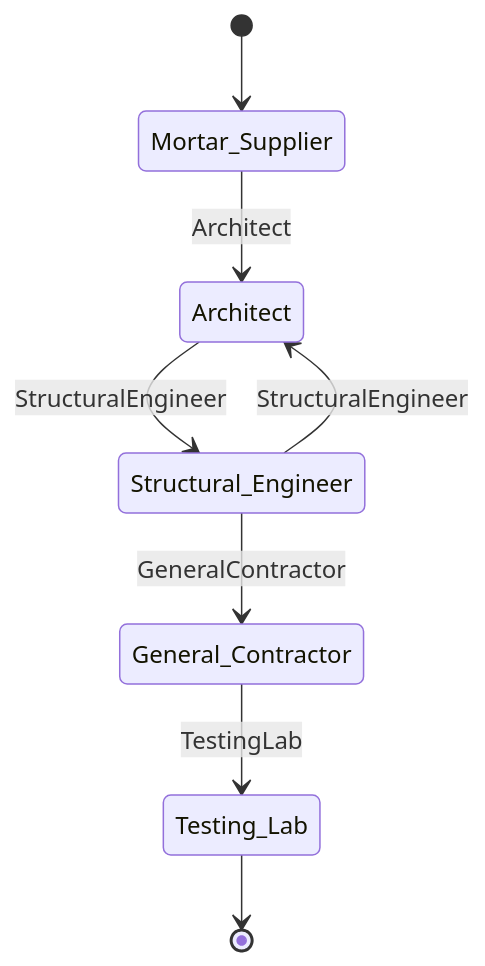
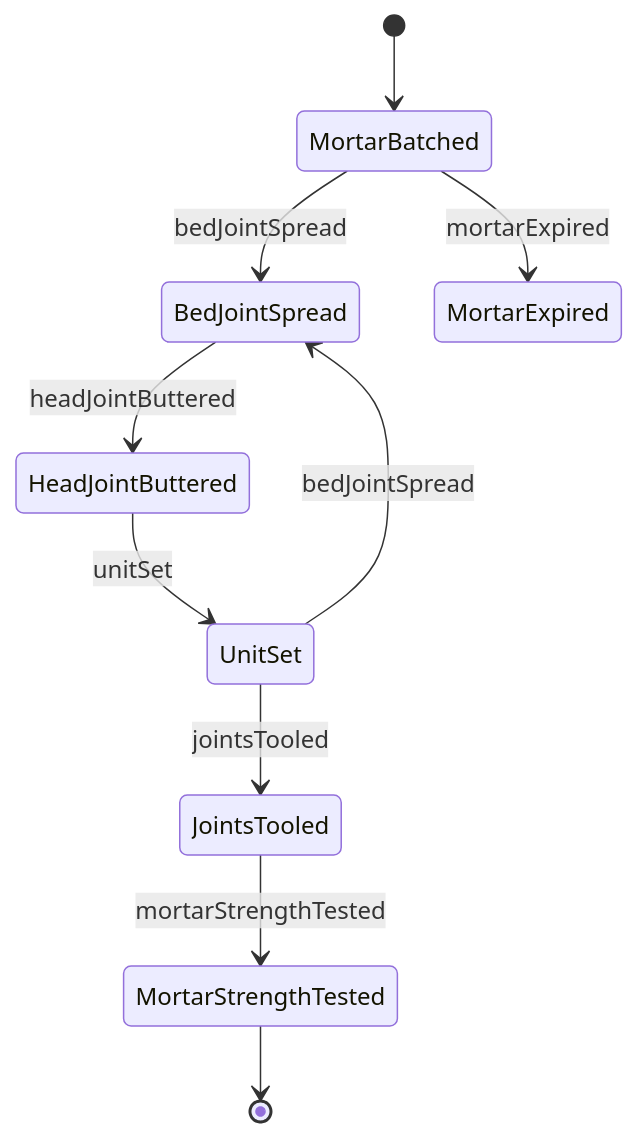
One commit to dot-org-ai/tasks.org.ai changed the second of 4 diagrams in HandlingAndMovingObjects/ApplyMaterialsToFillGapsOrImperfections/ApplyMortar.mdx. Above: the diagram before and after it, drawn with Mermaid. The commit also changed other lines of this file and 40 other files, not shown here.

First line of the commit message:
fix: Replace Actor-based ER and State diagrams with Entity/Event-based diagrams in 41 HandlingAndMovingObjects DWA files

````diff
--- a/HandlingAndMovingObjects/ApplyMaterialsToFillGapsOrImperfections/ApplyMortar.mdx
+++ b/HandlingAndMovingObjects/ApplyMaterialsToFillGapsOrImperfections/ApplyMortar.mdx
@@ -98,10 +97,12 @@
 ```mermaid
 stateDiagram-v2
-    [*] --> Mortar_Supplier
-    Mortar_Supplier --> Architect: Architect
-    Architect --> Structural_Engineer: StructuralEngineer
-    Structural_Engineer --> General_Contractor: GeneralContractor
-    General_Contractor --> Testing_Lab: TestingLab
-    Structural_Engineer --> Architect: StructuralEngineer
-    Testing_Lab --> [*]
+    [*] --> MortarBatched
+    MortarBatched --> BedJointSpread : bedJointSpread
+    BedJointSpread --> HeadJointButtered : headJointButtered
+    HeadJointButtered --> UnitSet : unitSet
+    UnitSet --> BedJointSpread : bedJointSpread
+    UnitSet --> JointsTooled : jointsTooled
+    JointsTooled --> MortarStrengthTested : mortarStrengthTested
+    MortarBatched --> MortarExpired : mortarExpired
+    MortarStrengthTested --> [*]
 ```
````
